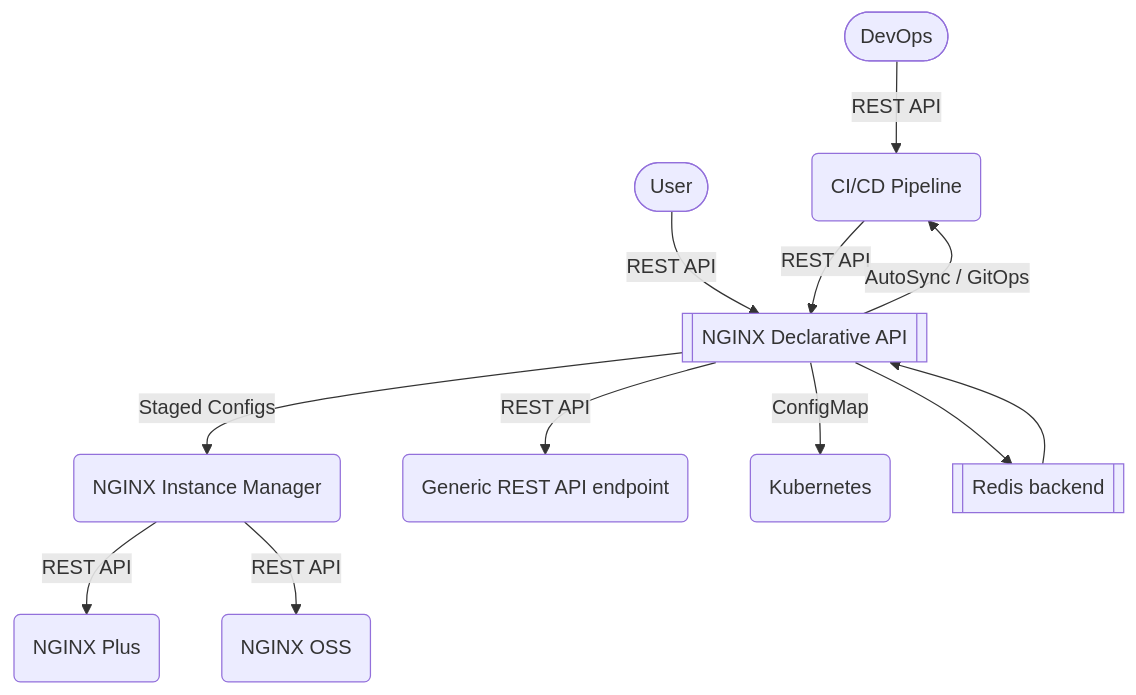
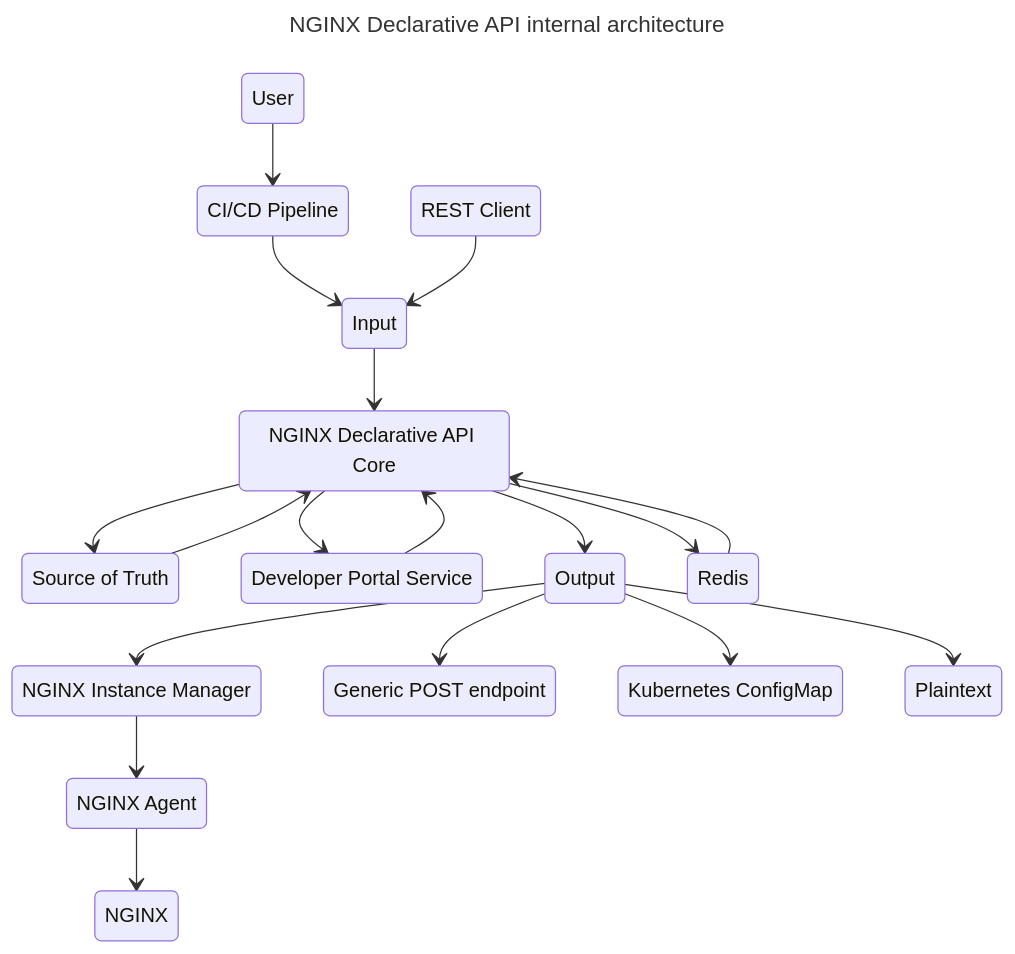
One commit to f5devcentral/NGINX-Declarative-API changed the first of 2 diagrams in README.md. Above: the diagram before and after it, drawn with Mermaid. The commit also changed other lines of this file, not shown here.

Commit message:
README updated

````diff
--- a/README.md
+++ b/README.md
@@ -31,13 +31,39 @@
 ```mermaid
-graph TD
-DEVOPS([DevOps]) -- REST API --> CICD
-User([User]) -- REST API --> NCG
-CICD(CI/CD Pipeline) -- REST API --> NCG[[NGINX Declarative API]]
-NCG -- Staged Configs --> NIM(NGINX Instance Manager)
-NCG -- REST API --> Generic(Generic REST API endpoint)
-NCG -- AutoSync / GitOps --> CICD
-NIM -- REST API --> NGINX(NGINX Plus) & NGINXOSS(NGINX OSS)
-NCG -- ConfigMap --> K8S(Kubernetes)
-REDIS[[Redis backend]] --> NCG
-NCG --> REDIS
+---
+title: NGINX Declarative API internal architecture
+---
+stateDiagram-v2
+    DevOps: User
+    Client: REST Client
+    Pipeline: CI/CD Pipeline
+    NIM: NGINX Instance Manager
+    AGENT: NGINX Agent
+    NGINX: NGINX
+    INPUT: Input
+    SOT: Source of Truth
+    NDAPI: NGINX Declarative API Core
+    DEVP: Developer Portal Service
+    OUTPUT: Output
+    REDIS: Redis
+    POST: Generic POST endpoint
+    CONFIGMAP: Kubernetes ConfigMap
+    PLAINTEXT: Plaintext
+
+    DevOps --> Pipeline
+    Pipeline --> INPUT
+    Client --> INPUT
+    INPUT --> NDAPI
+    NDAPI --> OUTPUT
+    NDAPI --> SOT
+    SOT --> NDAPI
+    NDAPI --> REDIS
+    REDIS --> NDAPI
+    OUTPUT --> POST
+    OUTPUT --> CONFIGMAP
+    OUTPUT --> PLAINTEXT
+    OUTPUT --> NIM
+    NDAPI --> DEVP
+    DEVP --> NDAPI
+    NIM --> AGENT
+    AGENT --> NGINX
 ```
````
